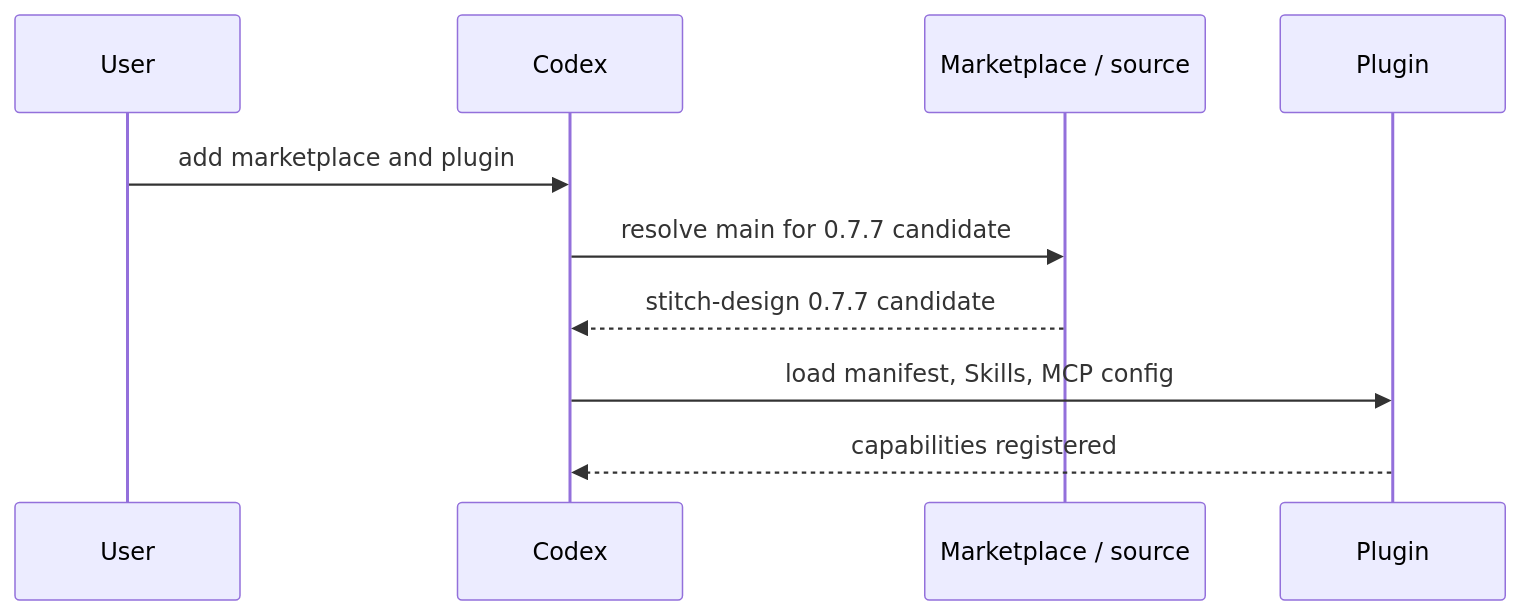
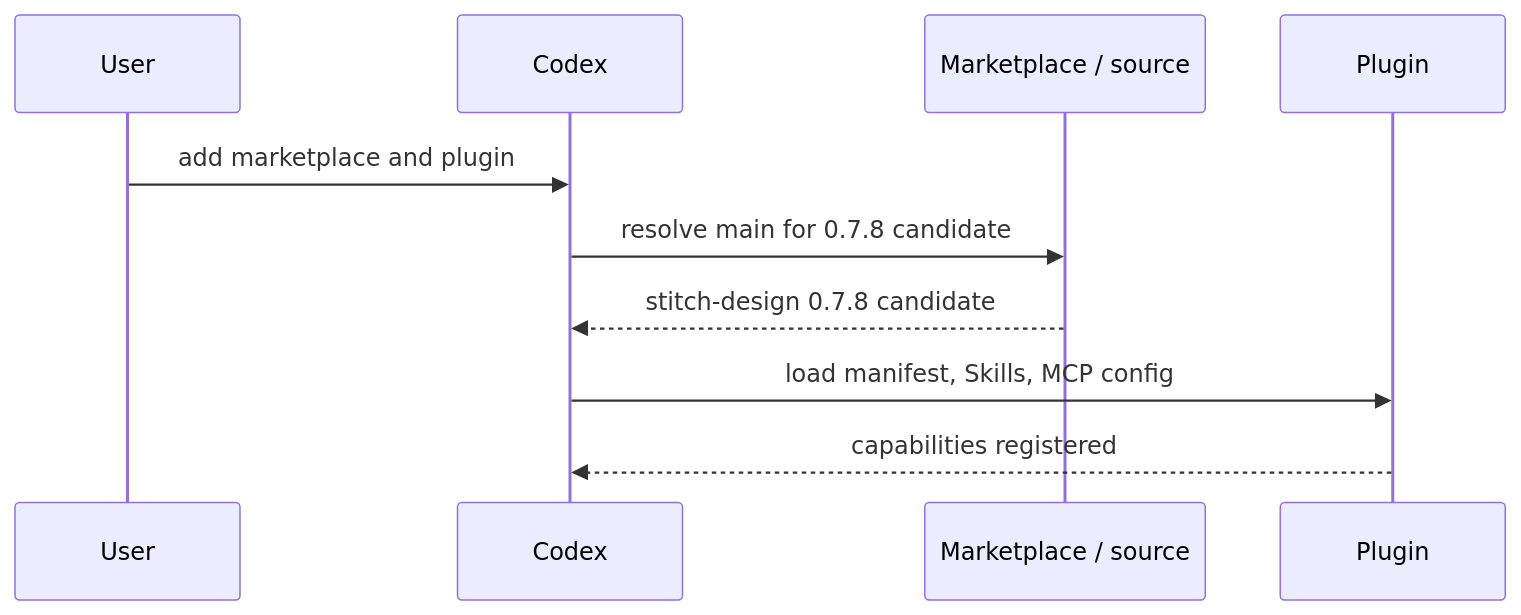
Before and after one commit to full-stack-plugins/stitch-design-plugin: the seventh of 11 diagrams in docs/Stitch-Design-Architecture.md, drawn with Mermaid. The commit also changed other lines of this file and 14 other files, not shown here.

````diff
--- a/docs/Stitch-Design-Architecture.md
+++ b/docs/Stitch-Design-Architecture.md
@@ -175,12 +175,12 @@
 ```mermaid
 sequenceDiagram
     participant U as User
     participant C as Codex
     participant M as Marketplace / source
     participant P as Plugin
     U->>C: add marketplace and plugin
-    C->>M: resolve main for 0.7.7 candidate
-    M-->>C: stitch-design 0.7.7 candidate
+    C->>M: resolve main for 0.7.8 candidate
+    M-->>C: stitch-design 0.7.8 candidate
     C->>P: load manifest, Skills, MCP config
     P-->>C: capabilities registered
 ```
````
